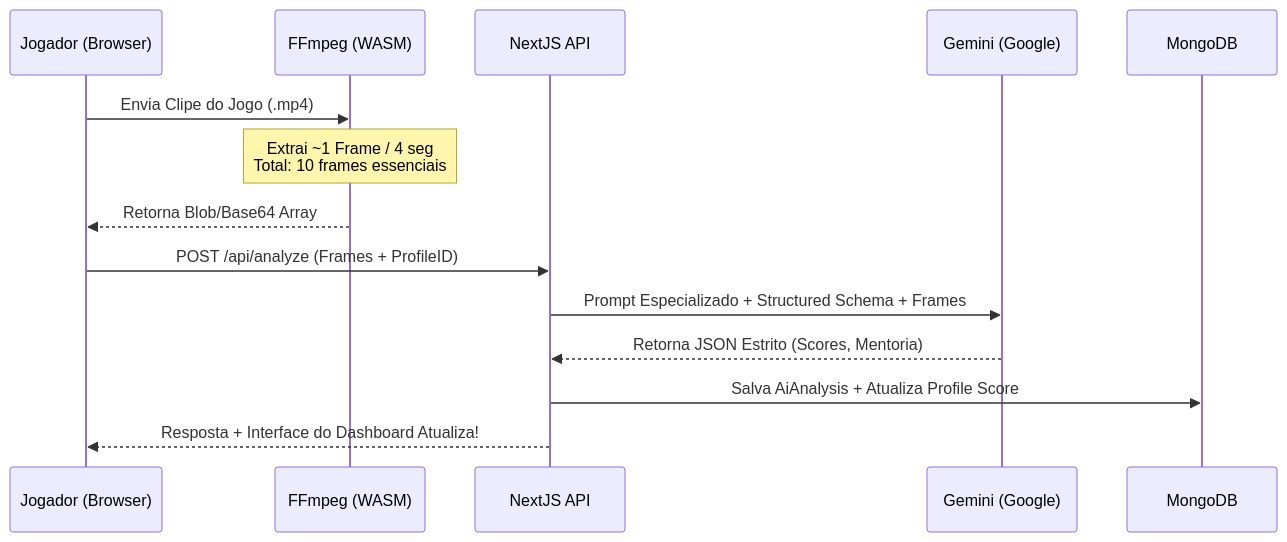
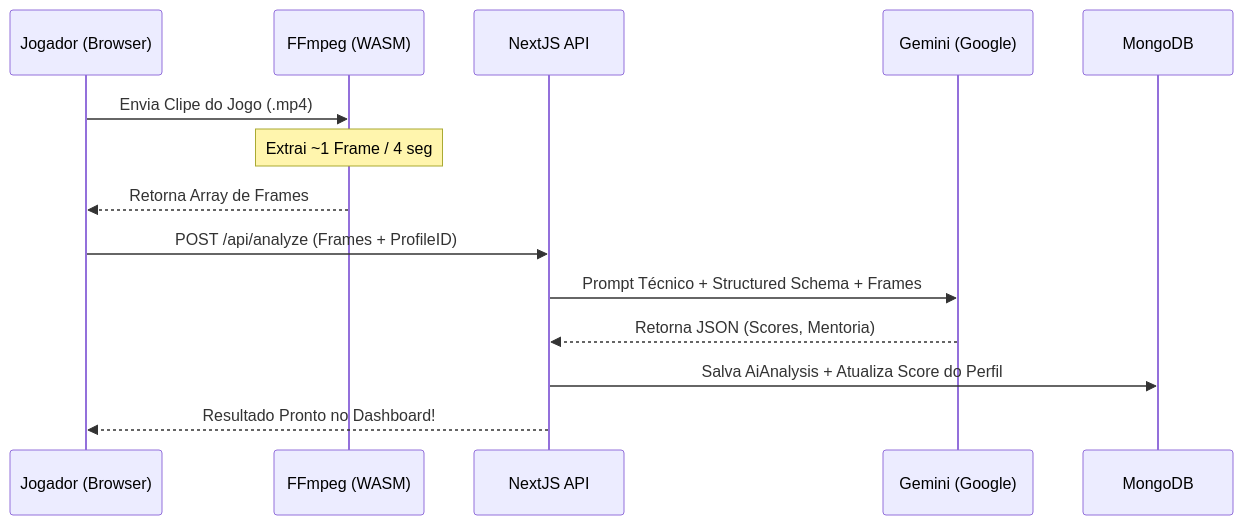
The diagram in README.md (ygorevaldt/nexel), drawn with Mermaid before and after one commit. The commit also changed other lines of this file, not shown here.

Commit message:
docs: update project branding to Nexel Player and refresh technical documentation for Next.js 16 and AI pipeline improvements

````diff
--- a/README.md
+++ b/README.md
@@ -62,17 +71,17 @@
 ```mermaid
 sequenceDiagram
     participant Jogador (Browser)
     participant FFmpeg (WASM)
     participant NextJS API
     participant Gemini (Google)
     participant MongoDB
     
     Jogador (Browser)->>FFmpeg (WASM): Envia Clipe do Jogo (.mp4)
-    Note over FFmpeg (WASM): Extrai ~1 Frame / 4 seg<br/>Total: 10 frames essenciais
-    FFmpeg (WASM)-->>Jogador (Browser): Retorna Blob/Base64 Array
+    Note over FFmpeg (WASM): Extrai ~1 Frame / 4 seg
+    FFmpeg (WASM)-->>Jogador (Browser): Retorna Array de Frames
     Jogador (Browser)->>NextJS API: POST /api/analyze (Frames + ProfileID)
-    NextJS API->>Gemini (Google): Prompt Especializado + Structured Schema + Frames
-    Gemini (Google)-->>NextJS API: Retorna JSON Estrito (Scores, Mentoria)
-    NextJS API->>MongoDB: Salva AiAnalysis + Atualiza Profile Score
-    NextJS API-->>Jogador (Browser): Resposta + Interface do Dashboard Atualiza!
+    NextJS API->>Gemini (Google): Prompt Técnico + Structured Schema + Frames
+    Gemini (Google)-->>NextJS API: Retorna JSON (Scores, Mentoria)
+    NextJS API->>MongoDB: Salva AiAnalysis + Atualiza Score do Perfil
+    NextJS API-->>Jogador (Browser): Resultado Pronto no Dashboard!
 ```
````
